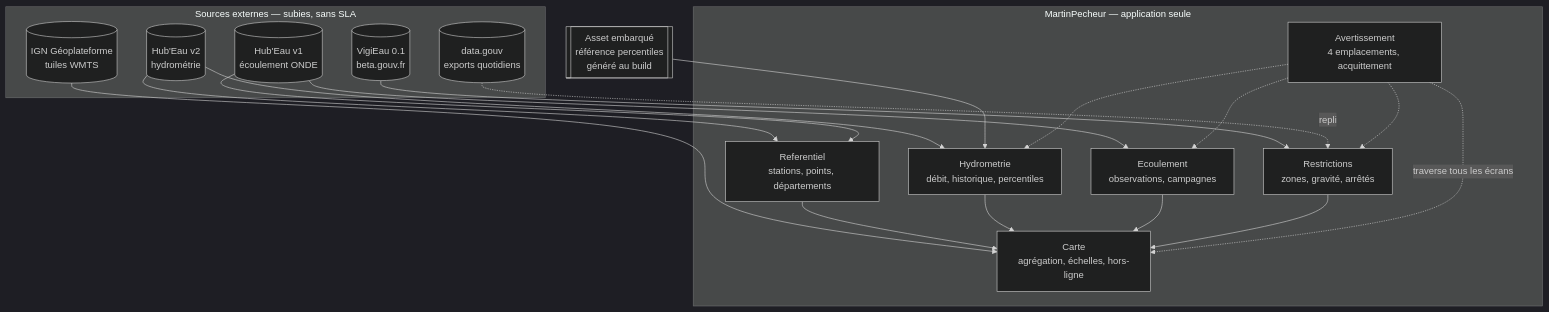
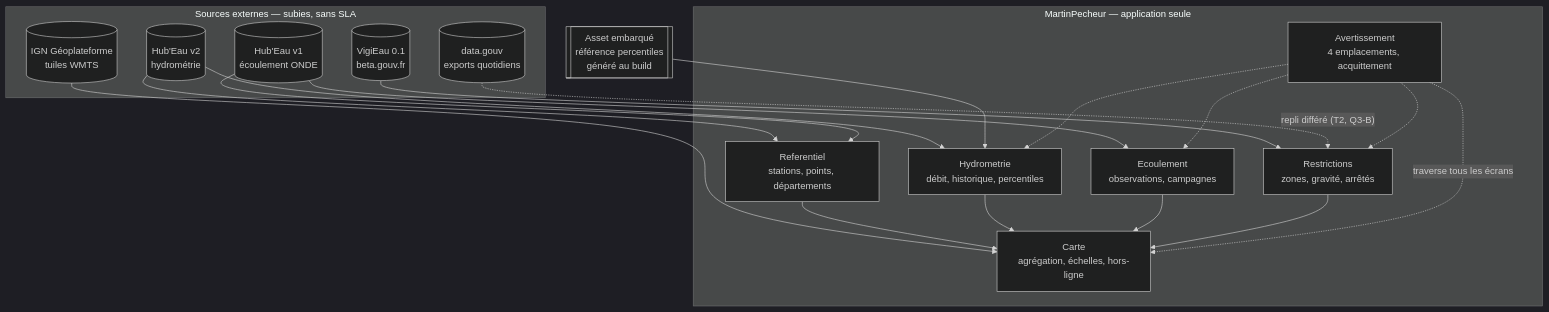
Before and after one commit to HubEauContrib/MartinPecheur: the first of 2 diagrams in docs/context-map.md, drawn with Mermaid (dark theme). The commit also changed other lines of this file and 180 other files, not shown here.

````diff
--- a/docs/context-map.md
+++ b/docs/context-map.md
@@ -6,39 +6,39 @@
 ```mermaid
 flowchart TB
     subgraph EXT["Sources externes — subies, sans SLA"]
         HE2[("Hub'Eau v2<br/>hydrométrie")]
         HE1[("Hub'Eau v1<br/>écoulement ONDE")]
         VE[("VigiEau 0.1<br/>beta.gouv.fr")]
         DG[("data.gouv<br/>exports quotidiens")]
         IGN[("IGN Géoplateforme<br/>tuiles WMTS")]
     end
 
     subgraph APP["MartinPecheur — application seule"]
         REF["Referentiel<br/>stations, points, départements"]
         HYD["Hydrometrie<br/>débit, historique, percentiles"]
         ECO["Ecoulement<br/>observations, campagnes"]
         RES["Restrictions<br/>zones, gravité, arrêtés"]
         CAR["Carte<br/>agrégation, échelles, hors-ligne"]
         AVE["Avertissement<br/>4 emplacements, acquittement"]
     end
 
     ASSET[["Asset embarqué<br/>référence percentiles<br/>généré au build"]]
 
     HE2 --> REF
     HE2 --> HYD
     HE1 --> REF
     HE1 --> ECO
     VE --> RES
-    DG -.repli.-> RES
+    DG -. "repli différé (T2, Q3-B)" .-> RES
     IGN --> CAR
     ASSET --> HYD
 
     REF --> CAR
     HYD --> CAR
     ECO --> CAR
     RES --> CAR
     AVE -.traverse tous les écrans.-> CAR
     AVE -.-> HYD
     AVE -.-> ECO
     AVE -.-> RES
 ```
````
